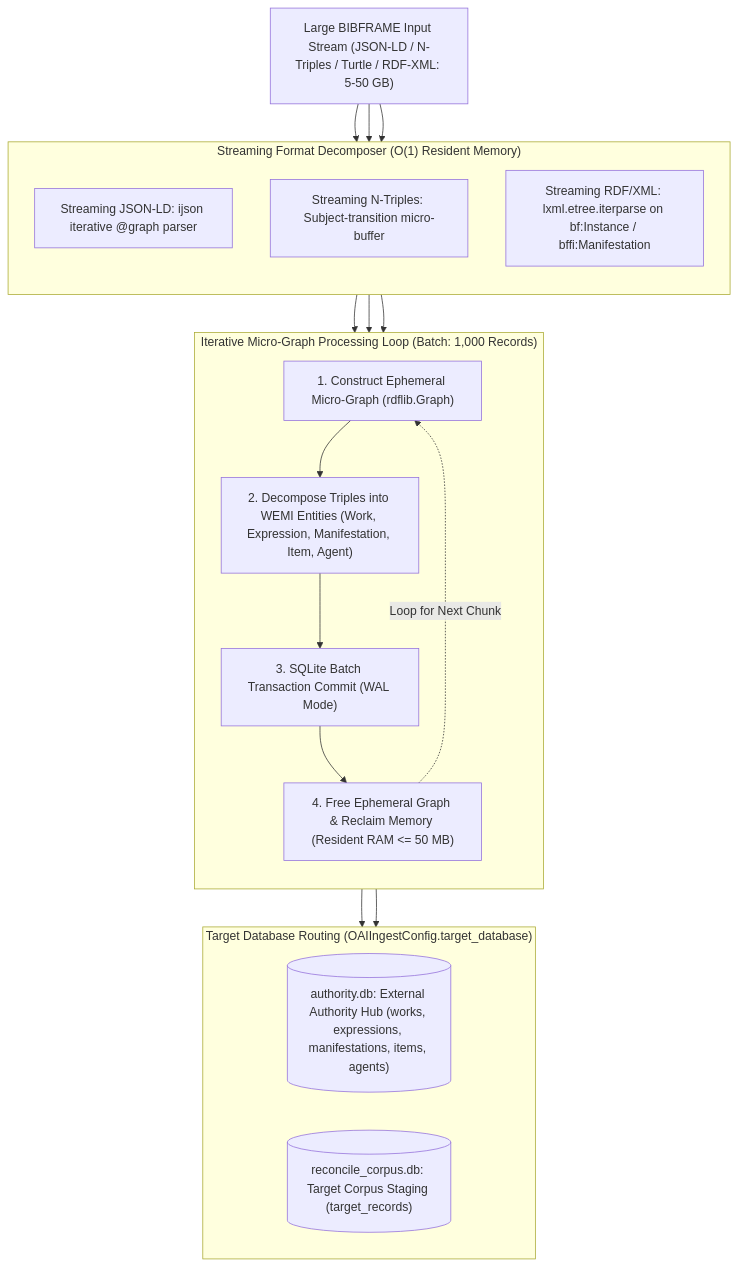
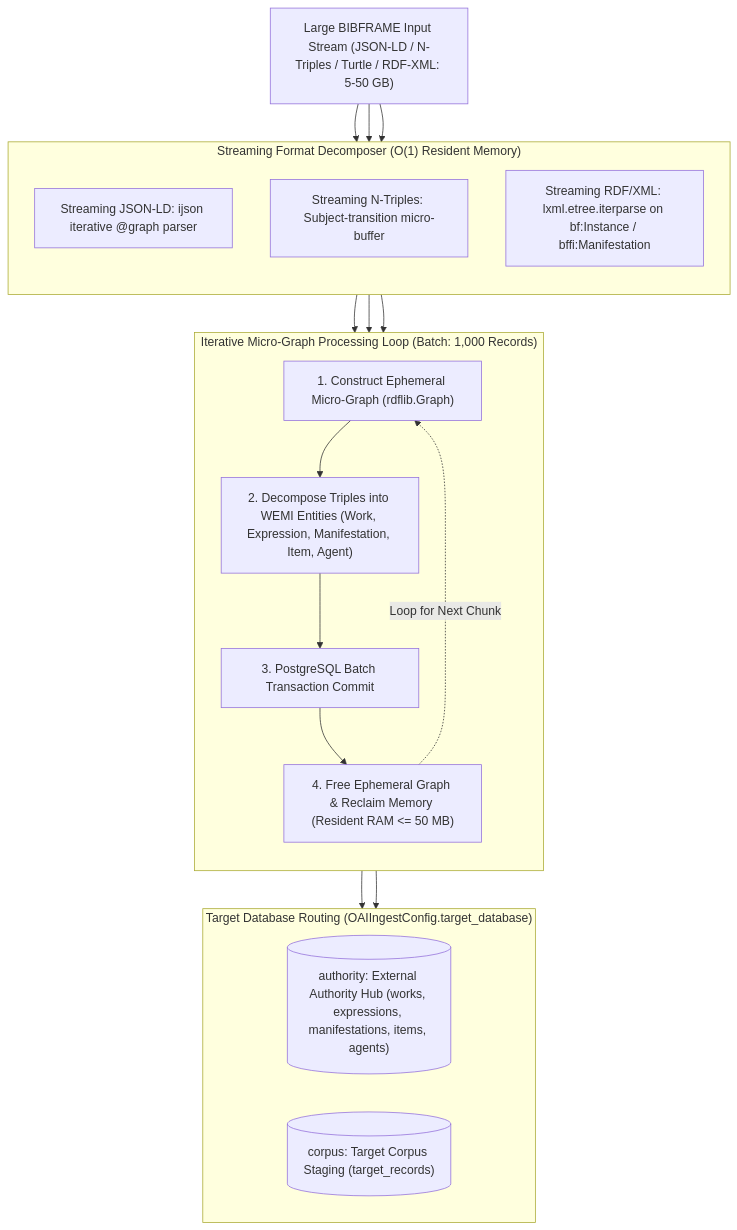
Diagram 46 of 55 in docs/plans/work_expression_linking.md (mikkovihonen/reconciliator), drawn with Mermaid before and after one commit. The commit also changed other lines of this file and 15 other files, not shown here.

````diff
--- a/docs/plans/work_expression_linking.md
+++ b/docs/plans/work_expression_linking.md
@@ -2012,39 +2012,39 @@
 ```mermaid
 flowchart TD
     Input["Large BIBFRAME Input Stream (JSON-LD / N-Triples / Turtle / RDF-XML: 5-50 GB)"]
 
     subgraph Splitter["Streaming Format Decomposer (O(1) Resident Memory)"]
         direction TB
         JSONLD["Streaming JSON-LD: ijson iterative @graph parser"]
         NT["Streaming N-Triples: Subject-transition micro-buffer"]
         RDFXML["Streaming RDF/XML: lxml.etree.iterparse on bf:Instance / bffi:Manifestation"]
     end
 
     Input --> JSONLD
     Input --> NT
     Input --> RDFXML
 
     subgraph Pipeline["Iterative Micro-Graph Processing Loop (Batch: 1,000 Records)"]
         direction TB
         MicroGraph["1. Construct Ephemeral Micro-Graph (rdflib.Graph)"]
         ExtractWEMI["2. Decompose Triples into WEMI Entities (Work, Expression, Manifestation, Item, Agent)"]
-        BatchTx["3. SQLite Batch Transaction Commit (WAL Mode)"]
+        BatchTx["3. PostgreSQL Batch Transaction Commit"]
         FreeRAM["4. Free Ephemeral Graph & Reclaim Memory (Resident RAM <= 50 MB)"]
 
         MicroGraph --> ExtractWEMI --> BatchTx --> FreeRAM
         FreeRAM -.->|Loop for Next Chunk| MicroGraph
     end
 
     JSONLD --> MicroGraph
     NT --> MicroGraph
     RDFXML --> MicroGraph
 
     subgraph Storage["Target Database Routing (OAIIngestConfig.target_database)"]
         direction LR
-        AuthDB[("authority.db: External Authority Hub (works, expressions, manifestations, items, agents)")]
-        CorpusDB[("reconcile_corpus.db: Target Corpus Staging (target_records)")]
+        AuthDB[("authority: External Authority Hub (works, expressions, manifestations, items, agents)")]
+        CorpusDB[("corpus: Target Corpus Staging (target_records)")]
     end
 
     BatchTx --> AuthDB
     BatchTx --> CorpusDB
 ```
````
